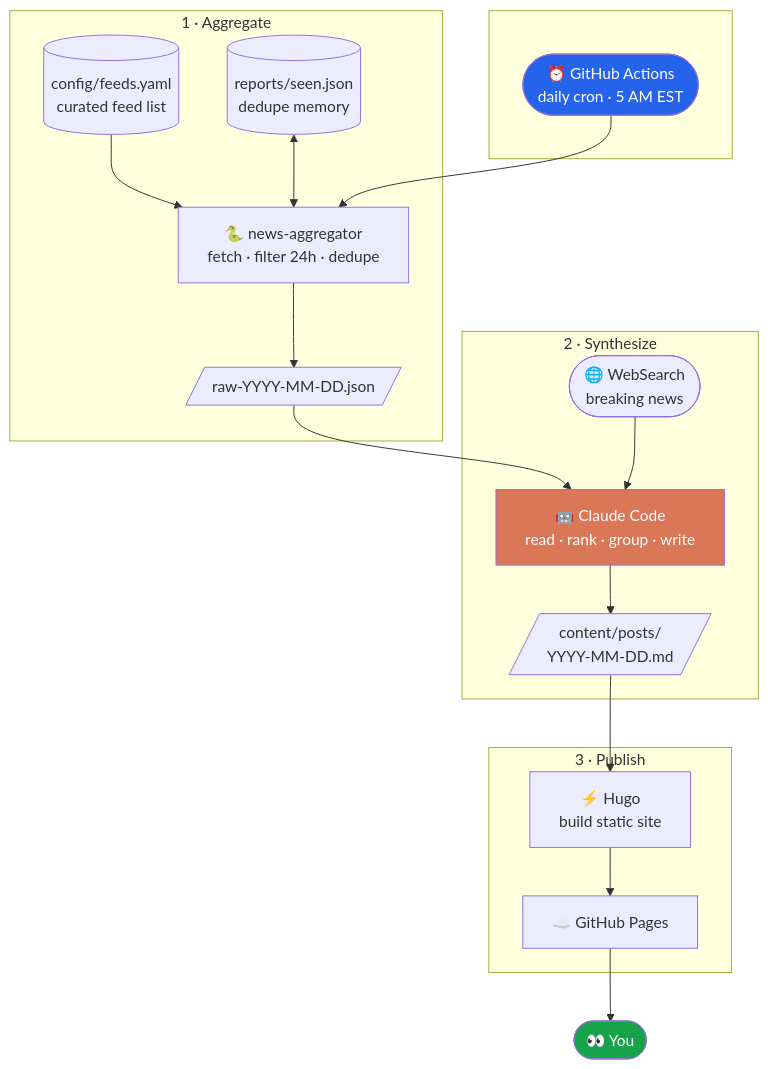
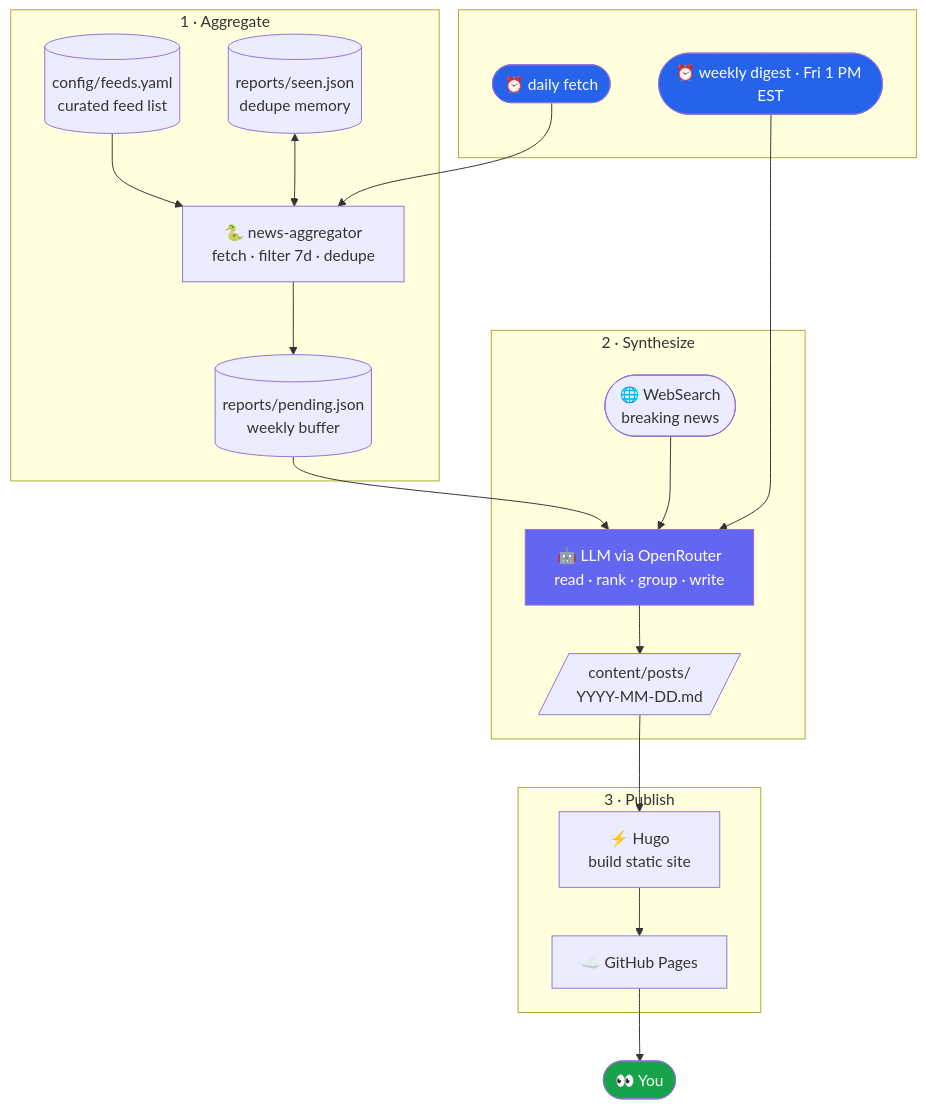
The diagram in content/how-it-works.md (dmorand17/news-aggregator), drawn with Mermaid before and after one commit. The commit also changed other lines of this file and 23 other files, not shown here.

First line of the commit message:
Publish a weekly digest generated through OpenRouter (#12)

````diff
--- a/content/how-it-works.md
+++ b/content/how-it-works.md
@@ -16,39 +16,42 @@
 ```mermaid
 flowchart TD
     subgraph schedule[" "]
-        cron([⏰ GitHub Actions<br/>daily cron · 5 AM EST])
+        daily([⏰ daily fetch])
+        weekly([⏰ weekly digest · Fri 1 PM EST])
     end
 
     subgraph aggregate["1 · Aggregate"]
         feeds[(config/feeds.yaml<br/>curated feed list)]
-        py[🐍 news-aggregator<br/>fetch · filter 24h · dedupe]
+        py[🐍 news-aggregator<br/>fetch · filter 7d · dedupe]
         seen[(reports/seen.json<br/>dedupe memory)]
-        raw[/raw-YYYY-MM-DD.json/]
+        raw[(reports/pending.json<br/>weekly buffer)]
         feeds --> py
         seen <--> py
         py --> raw
     end
 
     subgraph synth["2 · Synthesize"]
-        claude[🤖 Claude Code<br/>read · rank · group · write]
+        llm[🤖 LLM via OpenRouter<br/>read · rank · group · write]
         web([🌐 WebSearch<br/>breaking news])
         post[/content/posts/<br/>YYYY-MM-DD.md/]
-        raw --> claude
-        web --> claude
-        claude --> post
+        raw --> llm
+        web --> llm
+        llm --> post
     end
 
     subgraph publish["3 · Publish"]
         hugo[⚡ Hugo<br/>build static site]
         pages[☁️ GitHub Pages]
         post --> hugo
         hugo --> pages
     end
 
-    cron --> py
+    daily --> py
+    weekly --> llm
     pages --> reader([👀 You])
 
-    style cron fill:#2563eb,color:#fff
-    style claude fill:#d97757,color:#fff
+    style daily fill:#2563eb,color:#fff
+    style weekly fill:#2563eb,color:#fff
+    style llm fill:#6366f1,color:#fff
     style reader fill:#16a34a,color:#fff
 ```
````
